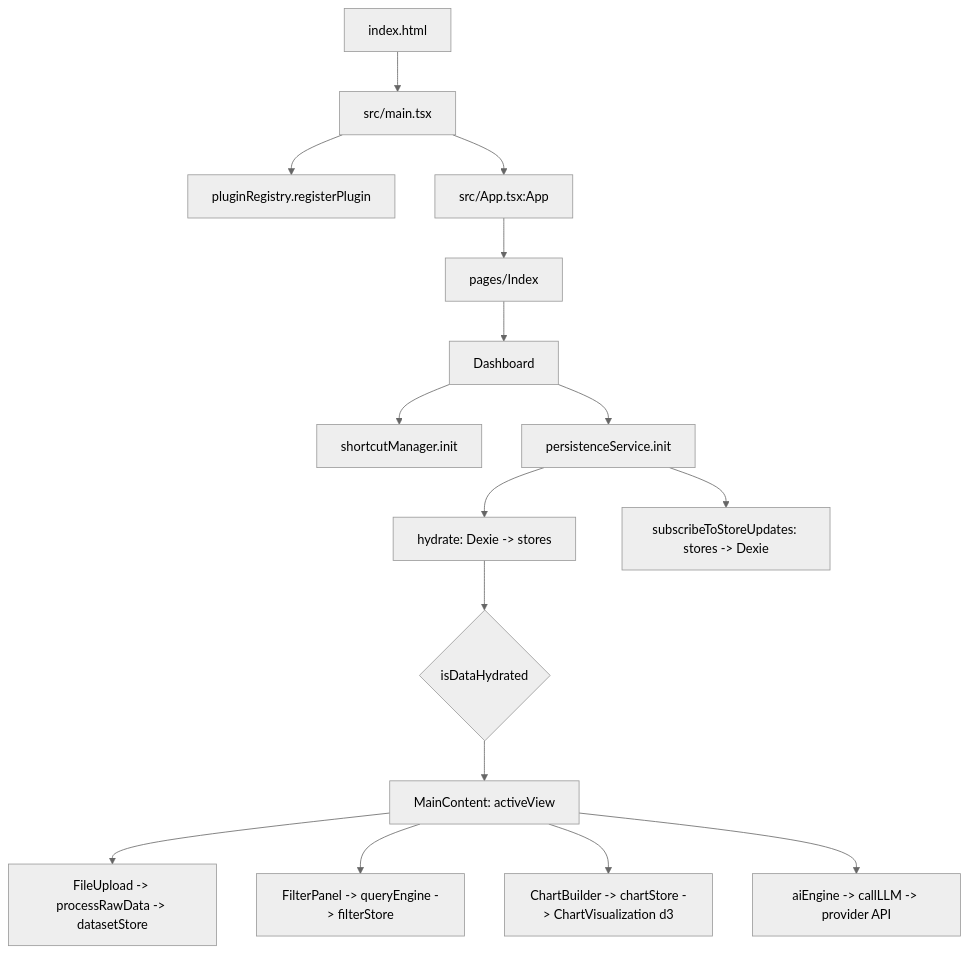
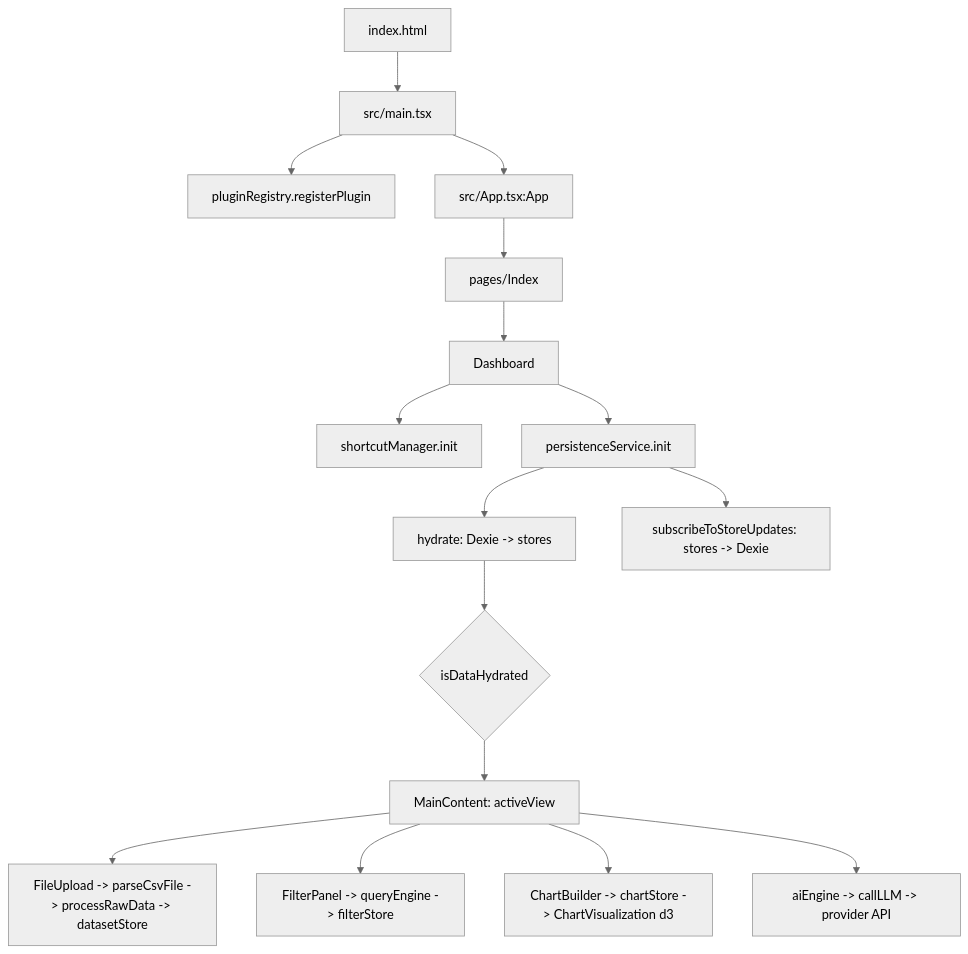
Before and after one commit to vardaanbazaz/datavista: the diagram in flow.md, drawn with Mermaid (neutral theme). The commit also changed other lines of this file and 47 other files, not shown here.

````diff
--- a/flow.md
+++ b/flow.md
@@ -33,17 +34,17 @@
 ```mermaid
 flowchart TD
   HTML[index.html] --> Main[src/main.tsx]
   Main --> Plugins[pluginRegistry.registerPlugin]
   Main --> App[src/App.tsx:App]
   App --> Index[pages/Index] --> Dash[Dashboard]
   Dash --> Shortcuts[shortcutManager.init]
   Dash --> Persist[persistenceService.init]
   Persist --> Hydrate[hydrate: Dexie -> stores]
   Persist --> Sub[subscribeToStoreUpdates: stores -> Dexie]
   Hydrate --> Ready{isDataHydrated}
   Ready --> Content[MainContent: activeView]
-  Content --> Upload[FileUpload -> processRawData -> datasetStore]
+  Content --> Upload[FileUpload -> parseCsvFile -> processRawData -> datasetStore]
   Content --> Filter[FilterPanel -> queryEngine -> filterStore]
   Content --> Charts[ChartBuilder -> chartStore -> ChartVisualization d3]
   Content --> AI[aiEngine -> callLLM -> provider API]
 ```
````
